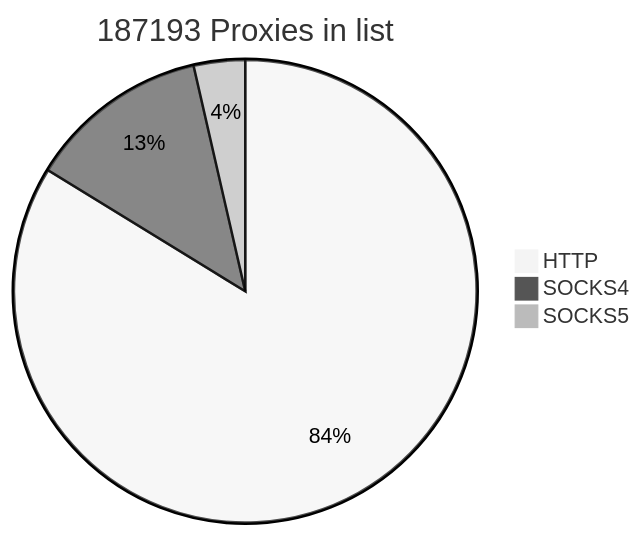
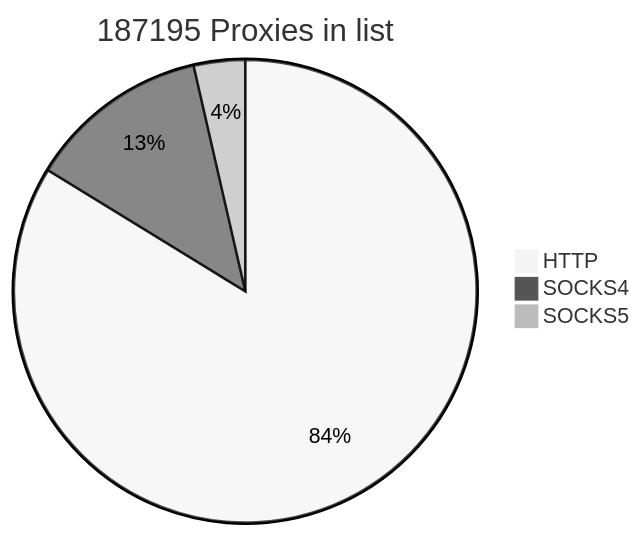
One commit to cutipu/proxylist changed the first of 2 diagrams in README.md. Above: the diagram before and after it, drawn with Mermaid (neutral theme). The commit also changed other lines of this file, not shown here.

````diff
--- a/README.md
+++ b/README.md
@@ -2,7 +2,7 @@
 ```mermaid
-pie title 187193 Proxies in list
-    "HTTP" : 156792
-    "SOCKS4" : 23688
-    "SOCKS5" : 6713
+pie title 187195 Proxies in list
+    "HTTP" : 156793
+    "SOCKS4" : 23690
+    "SOCKS5" : 6712
             
 ```
````
